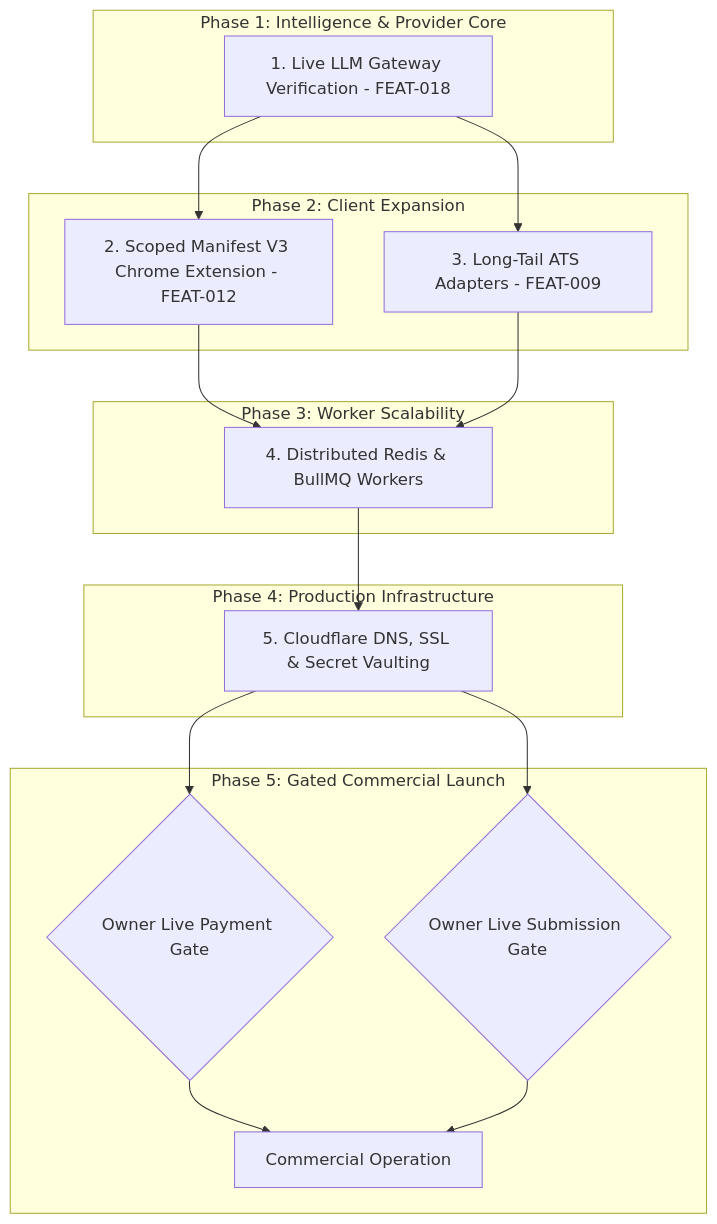
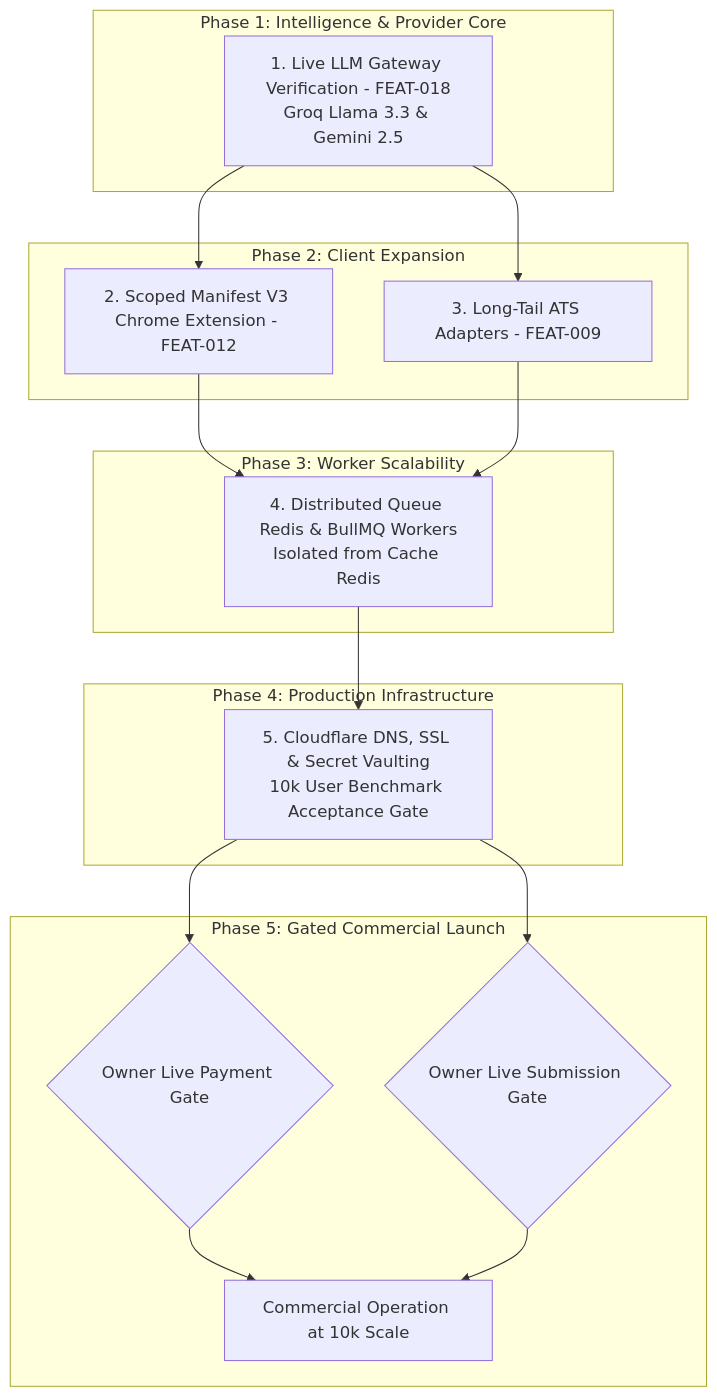
Before and after one commit to SameerAliKhan-git/Rolevia-AI: the diagram in docs/reports/NEXT_RELEASE_PLAN.md, drawn with Mermaid. The commit also changed other lines of this file and 25 other files, not shown here.

Commit message:
feat(release-0.4): revised 10k launch scalability strategy, gemini 2.5 models, and redis queue isolation

````diff
--- a/docs/reports/NEXT_RELEASE_PLAN.md
+++ b/docs/reports/NEXT_RELEASE_PLAN.md
@@ -29,35 +35,35 @@
 ```mermaid
 graph TD
     subgraph Phase_1 [Phase 1: Intelligence & Provider Core]
-        P1[1. Live LLM Gateway Verification - FEAT-018]
+        P1[1. Live LLM Gateway Verification - FEAT-018<br/>Groq Llama 3.3 & Gemini 2.5]
     end
 
     subgraph Phase_2 [Phase 2: Client Expansion]
         P2[2. Scoped Manifest V3 Chrome Extension - FEAT-012]
         P3[3. Long-Tail ATS Adapters - FEAT-009]
     end
 
     subgraph Phase_3 [Phase 3: Worker Scalability]
-        P4[4. Distributed Redis & BullMQ Workers]
+        P4[4. Distributed Queue Redis & BullMQ Workers<br/>Isolated from Cache Redis]
     end
 
     subgraph Phase_4 [Phase 4: Production Infrastructure]
-        P5[5. Cloudflare DNS, SSL & Secret Vaulting]
+        P5[5. Cloudflare DNS, SSL & Secret Vaulting<br/>10k User Benchmark Acceptance Gate]
     end
 
     subgraph Phase_5 [Phase 5: Gated Commercial Launch]
         Gate1{Owner Live Payment Gate}
         Gate2{Owner Live Submission Gate}
-        Launch[Commercial Operation]
+        Launch[Commercial Operation at 10k Scale]
     end
 
     P1 --> P2
     P1 --> P3
     P2 --> P4
     P3 --> P4
     P4 --> P5
     P5 --> Gate1
     P5 --> Gate2
     Gate1 --> Launch
     Gate2 --> Launch
 ```
````
